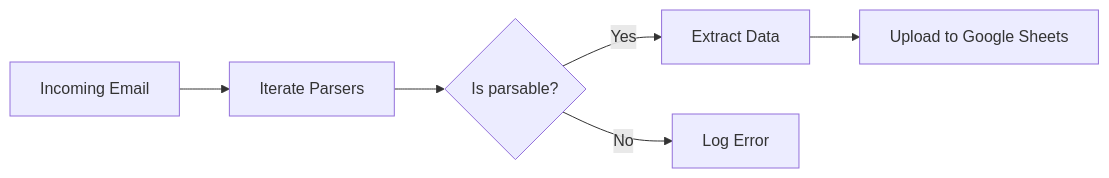
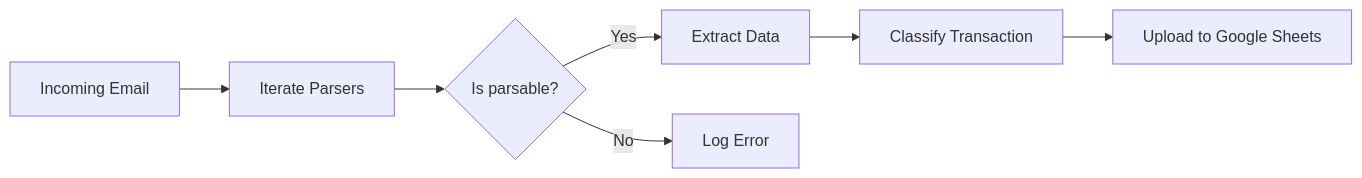
One commit to juandaherrera/finmail changed the diagram in README.md. Above: the diagram before and after it, drawn with Mermaid. The commit also changed other lines of this file and 14 other files, not shown here.

````diff
--- a/README.md
+++ b/README.md
@@ -9,8 +9,9 @@
 ```mermaid
 graph LR;
     A[Incoming Email] --> B[Iterate Parsers];
     B --> C{Is parsable?};
     C -->|Yes| D[Extract Data];
     C -->|No| E[Log Error];
-    D --> F[Upload to Google Sheets];
+    D --> F[Classify Transaction];
+    F --> G[Upload to Google Sheets];
 ```
````
